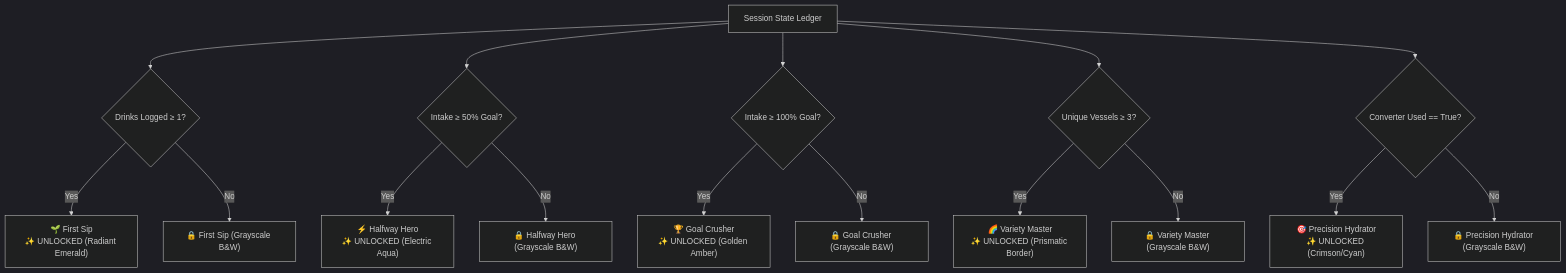
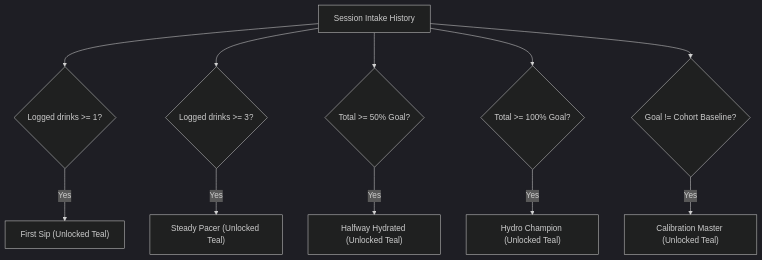
The seventh of 7 diagrams in README.md (parthibcpana/IDAI102-1000544-PARTH-PARVINBHAI-GAJERA), drawn with Mermaid (dark theme) before and after one commit. The commit also changed other lines of this file and 11 other files, not shown here.

````diff
--- a/README.md
+++ b/README.md
@@ -300,22 +275,13 @@
 ```mermaid
 flowchart TD
-    LedgerState["Session State Ledger"] --> B1{"Drinks Logged ≥ 1?"}
-    B1 -- Yes --> U1["🌱 First Sip<br>✨ UNLOCKED (Radiant Emerald)"]
-    B1 -- No --> L1["🔒 First Sip (Grayscale B&W)"]
-
-    LedgerState --> B2{"Intake ≥ 50% Goal?"}
-    B2 -- Yes --> U2["⚡ Halfway Hero<br>✨ UNLOCKED (Electric Aqua)"]
-    B2 -- No --> L2["🔒 Halfway Hero (Grayscale B&W)"]
-
-    LedgerState --> B3{"Intake ≥ 100% Goal?"}
-    B3 -- Yes --> U3["🏆 Goal Crusher<br>✨ UNLOCKED (Golden Amber)"]
-    B3 -- No --> L3["🔒 Goal Crusher (Grayscale B&W)"]
-
-    LedgerState --> B4{"Unique Vessels ≥ 3?"}
-    B4 -- Yes --> U4["🌈 Variety Master<br>✨ UNLOCKED (Prismatic Border)"]
-    B4 -- No --> L4["🔒 Variety Master (Grayscale B&W)"]
-
-    LedgerState --> B5{"Converter Used == True?"}
-    B5 -- Yes --> U5["🎯 Precision Hydrator<br>✨ UNLOCKED (Crimson/Cyan)"]
-    B5 -- No --> L5["🔒 Precision Hydrator (Grayscale B&W)"]
+    History["Session Intake History"] --> B1{"Logged drinks >= 1?"}
+    B1 -- Yes --> U1["First Sip (Unlocked Teal)"]
+    History --> B2{"Logged drinks >= 3?"}
+    B2 -- Yes --> U2["Steady Pacer (Unlocked Teal)"]
+    History --> B3{"Total >= 50% Goal?"}
+    B3 -- Yes --> U3["Halfway Hydrated (Unlocked Teal)"]
+    History --> B4{"Total >= 100% Goal?"}
+    B4 -- Yes --> U4["Hydro Champion (Unlocked Teal)"]
+    History --> B5{"Goal != Cohort Baseline?"}
+    B5 -- Yes --> U5["Calibration Master (Unlocked Teal)"]
 ```
````
